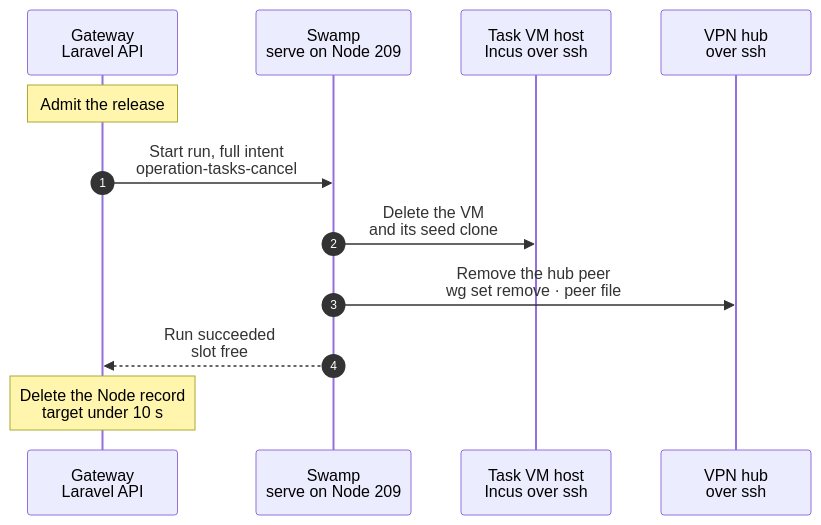
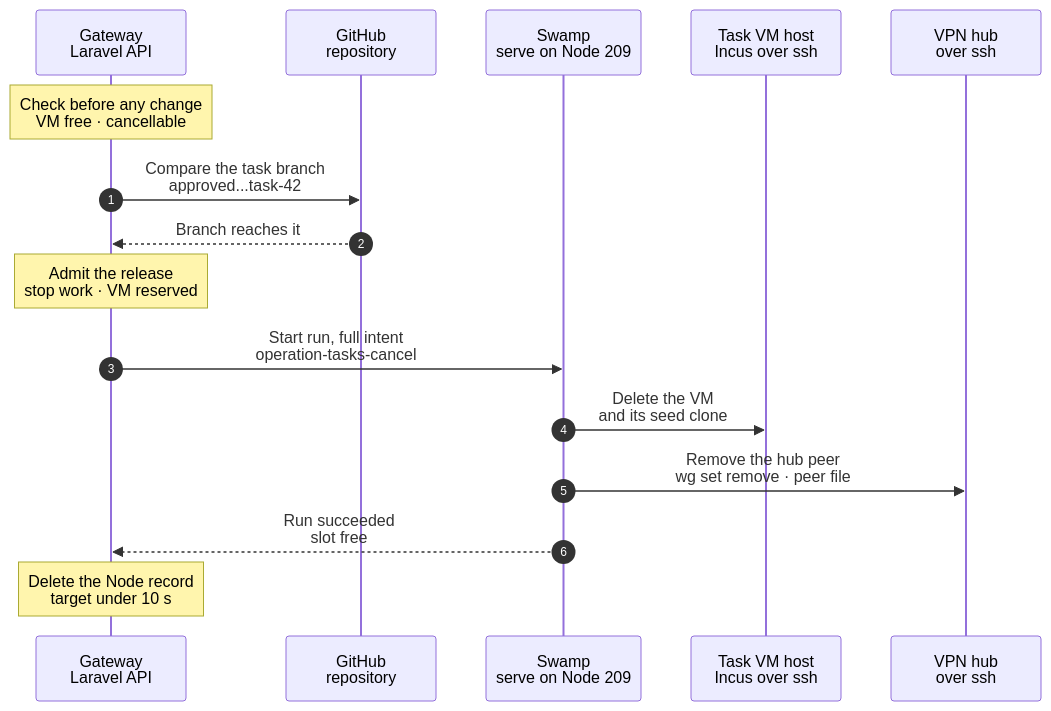
Before and after one commit to hardimpactdev/orbit: the diagram in docs/cli/tasks/cancel.mmd, drawn with Mermaid. The commit also changed 28 other files, not shown here.

First line of the commit message:
Complete and cancel require origin to have the approved work; a parked VM is released as it is (#3193)

```diff
--- a/docs/cli/tasks/cancel.mmd
+++ b/docs/cli/tasks/cancel.mmd
@@ -1,29 +1,49 @@
 sequenceDiagram
-  %% Target design (agreed with Nick, 2026-11-07): a task VM and its identity are disposable; the release frees the slot.
+  %% Target design (agreed with Nick, 2026-11-07): a task VM and its identity are disposable; the release frees the slot. Orchestrator 2026-11-08: keeping approved work is a precondition of the cancel, not a step of it.
   %% status: draft
   %% command: tasks:cancel
   %% kind: tasks.cancel
   autonumber
   %% lane GW icon=gateway pill=intent tone=blue
+  %% lane GH icon=server pill=target tone=purple
   %% lane SW icon=workflow pill=executes tone=green
   %% lane H icon=server pill=target tone=amber
   %% lane HUB icon=server pill=target tone=purple
   participant GW as Gateway<br/>Laravel API
+  participant GH as GitHub<br/>repository
   participant SW as Swamp<br/>serve on Node 209
   participant H as Task VM host<br/>Incus over ssh
   participant HUB as VPN hub<br/>over ssh
-  Note over GW: Admit the release
+  Note over GW: Check before any change<br/>VM free · cancellable
+  %%> Requirements:
+  %%> - no Operation is open on the group's task VM, such as a resume or an earlier release; otherwise HTTP 409 `operation.target_busy`, naming it
+  %%> - the group is cancellable; otherwise `tasks.not_cancellable`
+  %%> - every refusal here and in the next step comes before the cancel stops running work, so a refused cancel changes nothing
+  GW->>GH: Compare the task branch<br/>approved...task-42
+  %%> What it does:
+  %%> - resolves the group's latest approved commit: the latest commit Orbit reviewed (ADR 0203), or else the commit of the latest approval
+  %%> - reads origin's task branch head and compares it with that commit, with a `contents: read` token
+  %%> - only when GitHub answers that the branch does not exist (404) and the group's pull request merged does that pull request's head stand in; the pull request is read with a `pull_requests: read` token
+  %%> - skipped when the group has no approval, or holds no workspace and no task VM
+  GH-->>GW: Branch reaches it
   %%> Result:
-  %%> - approved work is pushed first, as today
+  %%> - otherwise the cancel refuses with HTTP 409 `tasks.approved_work_unpublished`, names the commit and the branch, and admits nothing: run `tasks:publish` first, which resumes a parked VM
+  %%> - every other outcome refuses the same way: a GitHub read that fails, a branch that is gone without a merged pull request
+  Note over GW: Admit the release<br/>stop work · VM reserved
+  %%> What it does:
+  %%> - stops the group's running work, then, in one transaction, locks and re-reads the VM, refuses if an Operation opened on it meanwhile, and marks it `releasing`, so no later resume starts it
+  %%> Result:
+  %%> - the run carries only the release; it pushes nothing and never starts a parked VM
+  %%> - a start that Swamp refuses fails the cancel and marks the VM `failed`, so the reservation goes and another cancel reserves it again
   GW->>SW: Start run, full intent<br/>operation-tasks-cancel
   SW->>H: Delete the VM<br/>and its seed clone
   %%> What it does:
   %%> - one host phase: `incus delete --force`, the seed clone and the identity volume; a few seconds
   SW->>HUB: Remove the hub peer<br/>wg set remove · peer file
   %%> Runs beside the step before it: Swamp starts both at once.
   %%> What it does:
   %%> - the VM's peer leaves the WireGuard hub; the Pi token goes with the VM. There is no model key to revoke: the fixed key stays with the guard, for every other VM
   SW-->>GW: Run succeeded<br/>slot free
   Note over GW: Delete the Node record<br/>target under 10 s
   %%> Result:
   %%> - the Node, its role and its Process go; the slot number is free for the next task start
```
